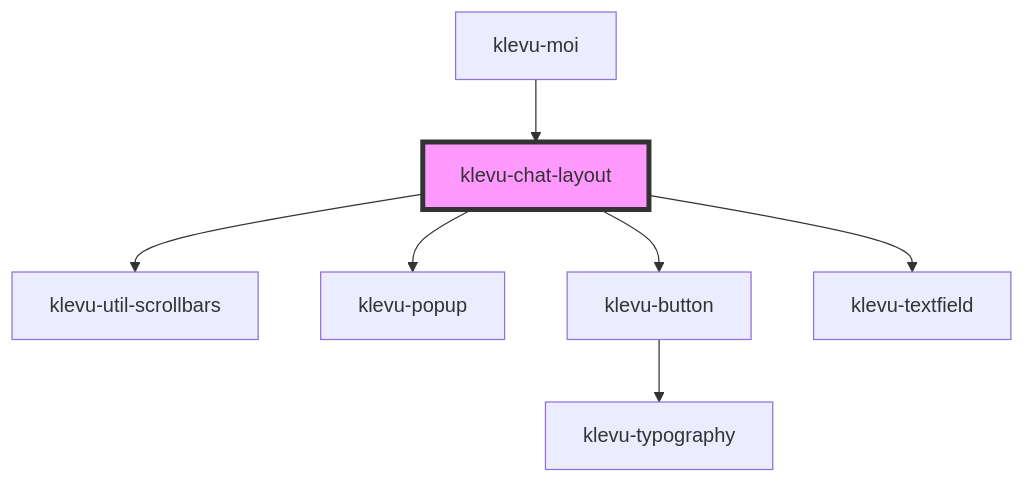
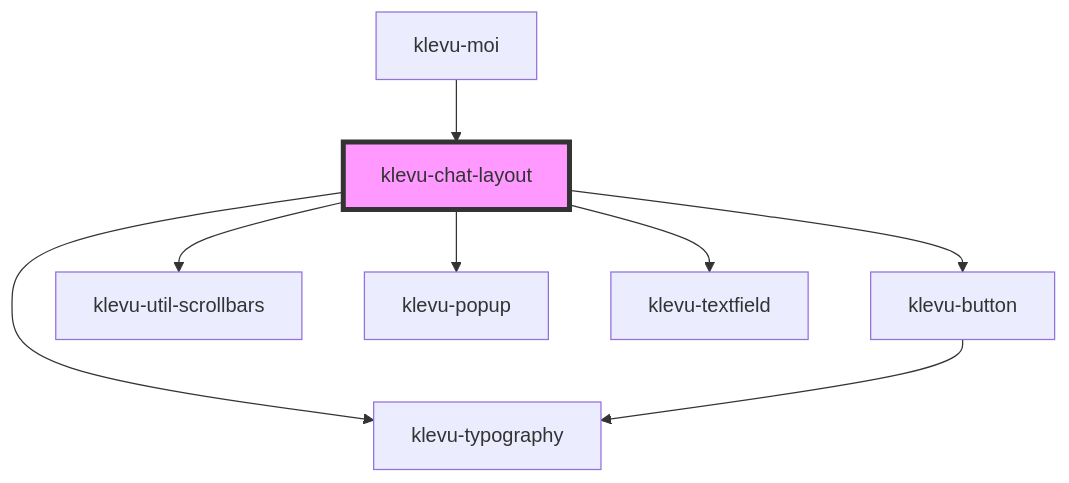
The diagram in packages/klevu-ui/src/components/klevu-chat-layout/readme.md (klevultd/frontend-sdk), drawn with Mermaid before and after one commit. The commit also changed other lines of this file and 21 other files, not shown here.

````diff
--- a/packages/klevu-ui/src/components/klevu-chat-layout/readme.md
+++ b/packages/klevu-ui/src/components/klevu-chat-layout/readme.md
@@ -63,10 +66,11 @@
 ```mermaid
 graph TD;
+  klevu-chat-layout --> klevu-typography
+  klevu-chat-layout --> klevu-button
   klevu-chat-layout --> klevu-util-scrollbars
   klevu-chat-layout --> klevu-popup
-  klevu-chat-layout --> klevu-button
   klevu-chat-layout --> klevu-textfield
   klevu-button --> klevu-typography
   klevu-moi --> klevu-chat-layout
   style klevu-chat-layout fill:#f9f,stroke:#333,stroke-width:4px
 ```
````
